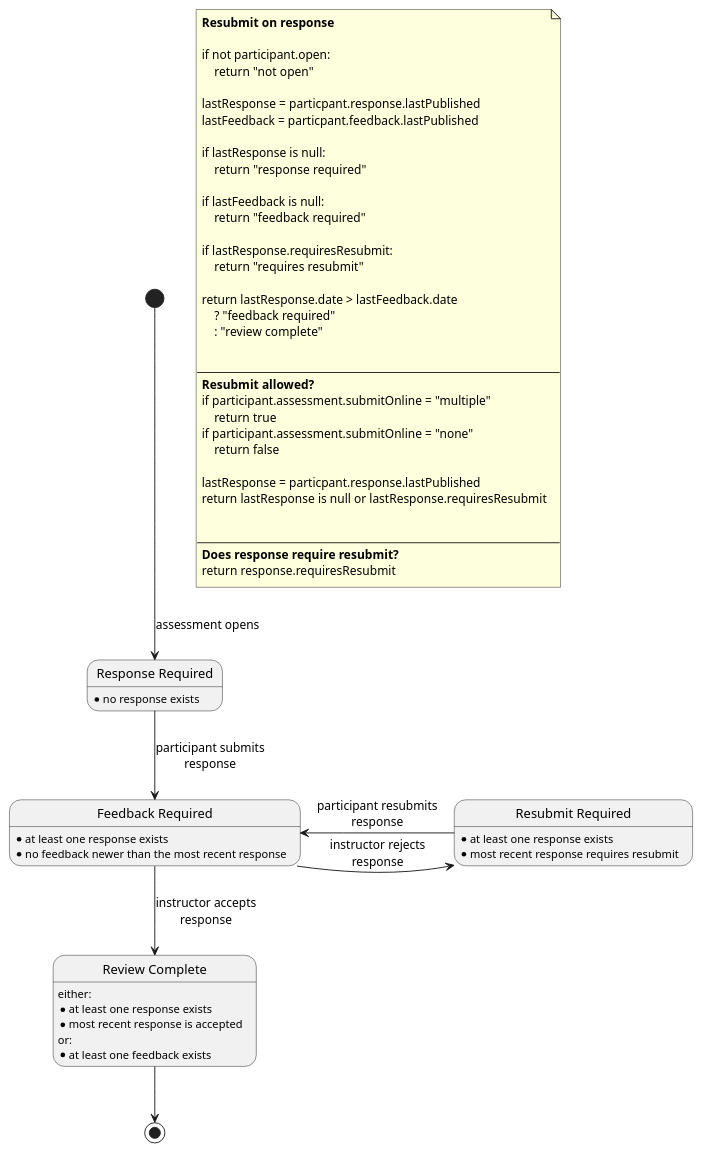
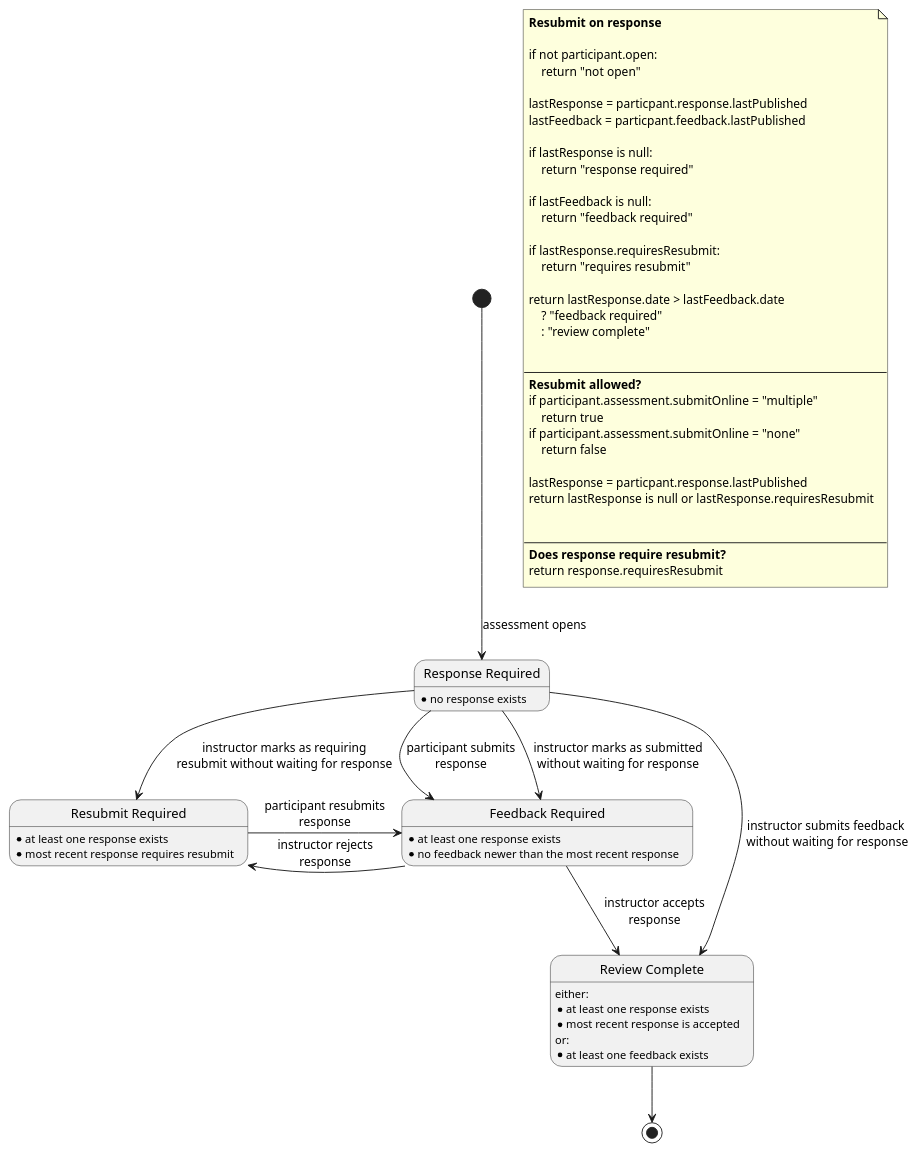
The first of 2 diagrams in library/Schoolbox/Learning/Assessment/DueWork/state-diagram.plantuml (juliaattrevisan/schoolbox-api-docs), drawn with PlantUML before and after one commit. The commit also changed other lines of this file, not shown here.

Commit message:
Add extra transitions for instructor marking as submitted [SA-9500]

```diff
--- a/library/Schoolbox/Learning/Assessment/DueWork/state-diagram.plantuml
+++ b/library/Schoolbox/Learning/Assessment/DueWork/state-diagram.plantuml
@@ -1,71 +1,74 @@
 @startuml
 
 note as n1
     <b>Resubmit on response</b>
 
     if not participant.open:
         return "not open"
 
     lastResponse = particpant.response.lastPublished
     lastFeedback = particpant.feedback.lastPublished
 
     if lastResponse is null:
         return "response required"
 
     if lastFeedback is null:
         return "feedback required"
 
     if lastResponse.requiresResubmit:
         return "requires resubmit"
 
     return lastResponse.date > lastFeedback.date
         ? "feedback required"
         : "review complete"
 
 
     ----
     <b>Resubmit allowed?</b>
     if participant.assessment.submitOnline = "multiple"
         return true
     if participant.assessment.submitOnline = "none"
         return false
 
     lastResponse = particpant.response.lastPublished
     return lastResponse is null or lastResponse.requiresResubmit
 
 
     ----
     <b>Does response require resubmit?</b>
     return response.requiresResubmit
 end note
 
 state "Response Required" as RR
 RR : \
 * no response exists
 
 state "Feedback Required" as FR
 FR : \
 * at least one response exists\n\
 * no feedback newer than the most recent response
 
 state "Review Complete" as RC
 RC : \
 either:\n\
 * at least one response exists\n\
 * most recent response is accepted\n\
 or:\n\
 * at least one feedback exists
 
 state "Resubmit Required" as RS
 RS : \
 * at least one response exists\n\
 * most recent response requires resubmit
 
 [*] --> RR : assessment opens
 RR --> FR  : participant submits\nresponse
+RR --> FR  : instructor marks as submitted\nwithout waiting for response
+RR --> RC  : instructor submits feedback\n without waiting for response
+RR --> RS  : instructor marks as requiring\nresubmit without waiting for response
 FR --> RC  : instructor accepts\nresponse
-FR -right-> RS : instructor rejects\nresponse
-RS -left-> FR  : participant resubmits\nresponse
+FR -left-> RS : instructor rejects\nresponse
+RS -right-> FR  : participant resubmits\nresponse
 RC --> [*]
 
 @enduml
```
